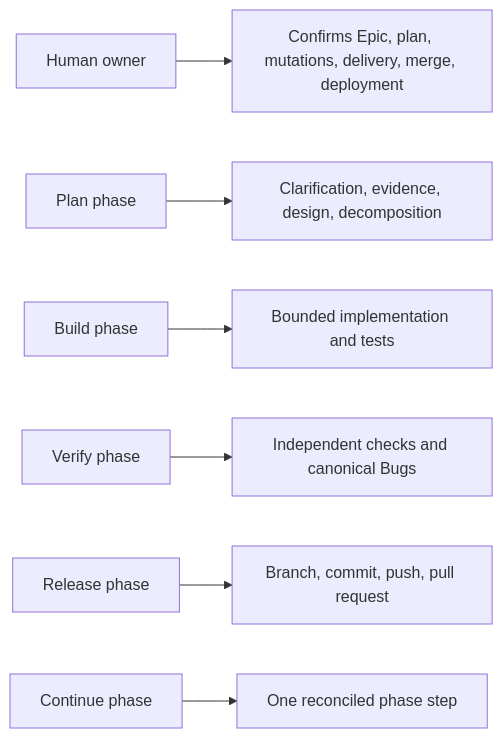
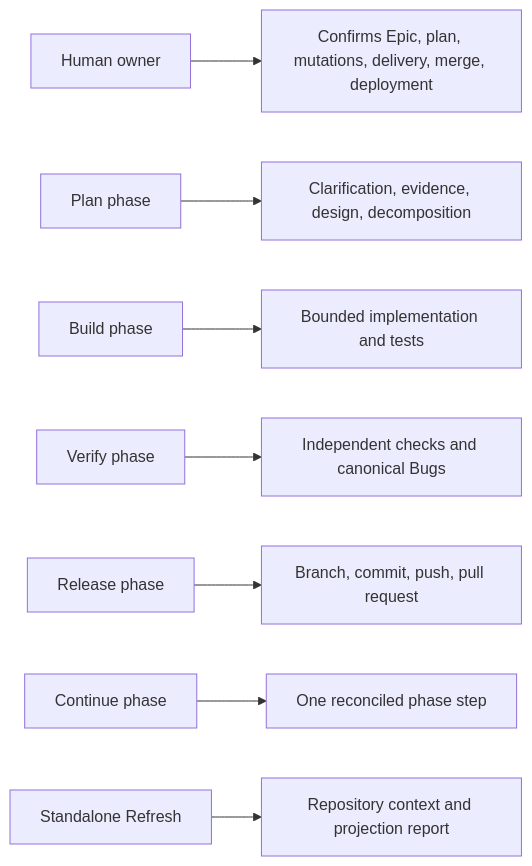
The third of 3 diagrams in FLOWS.md (dragoscirjan/harnessctl-v2), drawn with Mermaid before and after one commit. The commit also changed other lines of this file and 52 other files, not shown here.

````diff
--- a/FLOWS.md
+++ b/FLOWS.md
@@ -258,11 +292,12 @@
 ```mermaid
 flowchart LR
     accTitle: Epic-first SDLC responsibilities
-    accDescr: Humans confirm scope, plans, mutations, delivery, merge, and deployment while command phases coordinate evidence and configured tools within explicit boundaries.
+    accDescr: Humans confirm scope, plans, mutations, refresh operations, delivery, merge, and deployment while command phases and standalone Refresh coordinate evidence and configured tools within explicit boundaries.
     human[Human owner] --> decisions[Confirms Epic, plan, mutations, delivery, merge, deployment]
     plan[Plan phase] --> planning[Clarification, evidence, design, decomposition]
     build[Build phase] --> implementation[Bounded implementation and tests]
     verify[Verify phase] --> evidence[Independent checks and canonical Bugs]
     release[Release phase] --> delivery[Branch, commit, push, pull request]
     continueWork[Continue phase] --> resume[One reconciled phase step]
+    refresh[Standalone Refresh] --> familiarization[Repository context and projection report]
 ```
````
